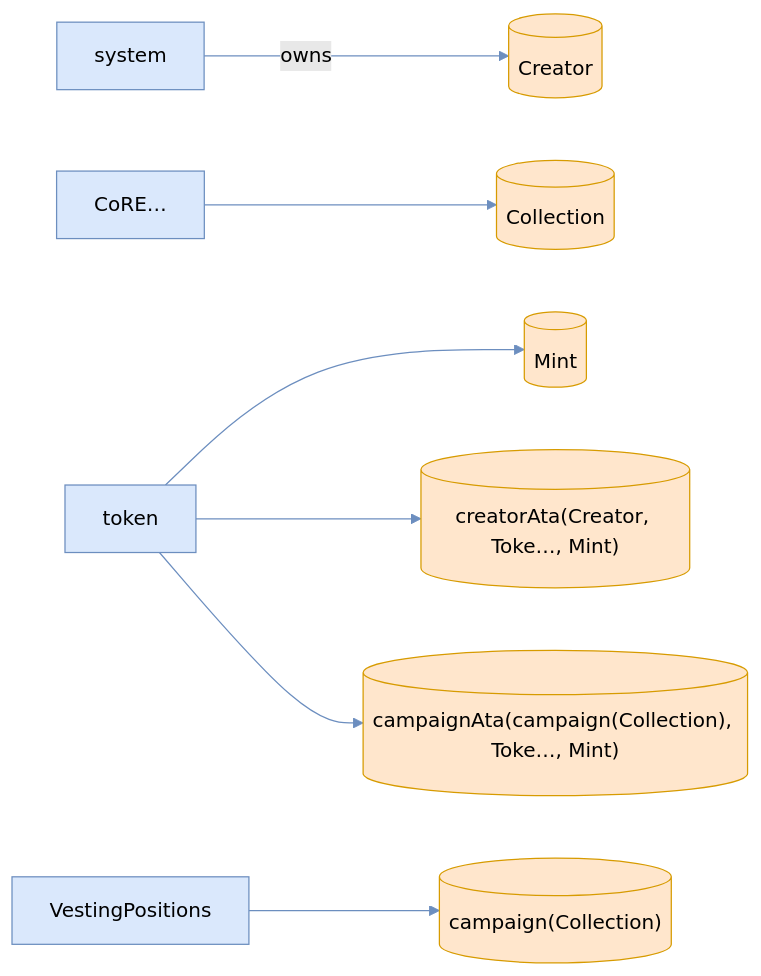
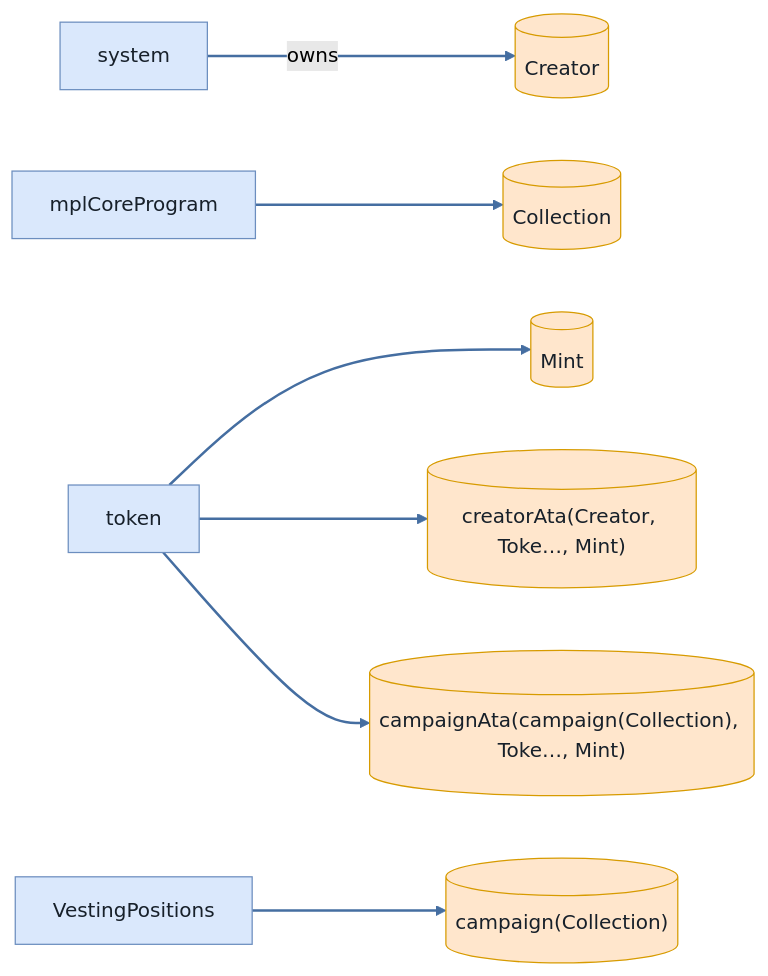
One commit to cds-turbin3/vesting-position changed the third of 6 diagrams in babelfish-tests/test-report/close_campaign_fails_when_vault_not_empty.md. Above: the diagram before and after it, drawn with Mermaid (forest theme). The commit also changed other lines of this file and 106 other files, not shown here.

````diff
--- a/babelfish-tests/test-report/close_campaign_fails_when_vault_not_empty.md
+++ b/babelfish-tests/test-report/close_campaign_fails_when_vault_not_empty.md
@@ -147,23 +146,23 @@
 ```mermaid
 flowchart LR
     system["system"]:::program
     Creator[("Creator")]:::state
-    CoRE["CoRE…"]:::program
+    mplCoreProgram["mplCoreProgram"]:::program
     Collection[("Collection")]:::state
     token["token"]:::program
     Mint[("Mint")]:::state
     creatorAtaCreatorTokeMint[("creatorAta(Creator, Toke…, Mint)")]:::state
     VestingPositions["VestingPositions"]:::program
     campaignCollection[("campaign(Collection)")]:::state
     campaignAtacampaignCollectionTokeMint[("campaignAta(campaign(Collection), Toke…, Mint)")]:::state
     system -->|owns| Creator
-    CoRE --> Collection
+    mplCoreProgram --> Collection
     token --> Mint
     token --> creatorAtaCreatorTokeMint
     VestingPositions --> campaignCollection
     token --> campaignAtacampaignCollectionTokeMint
-    classDef program fill:#dae8fc,stroke:#6c8ebf;
-    classDef signer fill:#d5e8d4,stroke:#82b366;
-    classDef state fill:#ffe6cc,stroke:#d79b00;
-    linkStyle 0,1,2,3,4,5 stroke:#6c8ebf
+    classDef program fill:#dae8fc,stroke:#6c8ebf,color:#17202a;
+    classDef signer fill:#d5e8d4,stroke:#82b366,color:#17202a;
+    classDef state fill:#ffe6cc,stroke:#d79b00,color:#17202a;
+    linkStyle 0,1,2,3,4,5 stroke:#456ea1,stroke-width:2px
 ```
````
